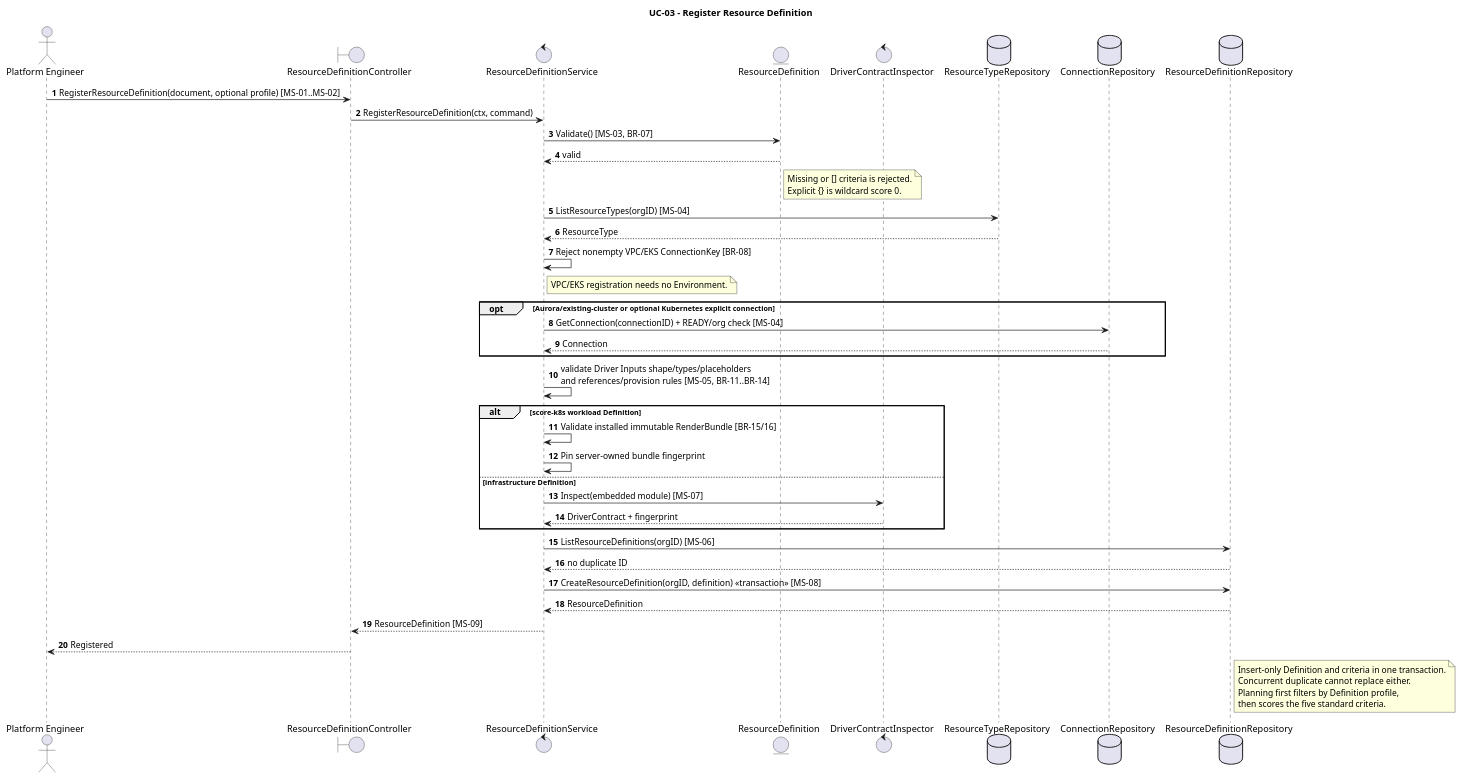
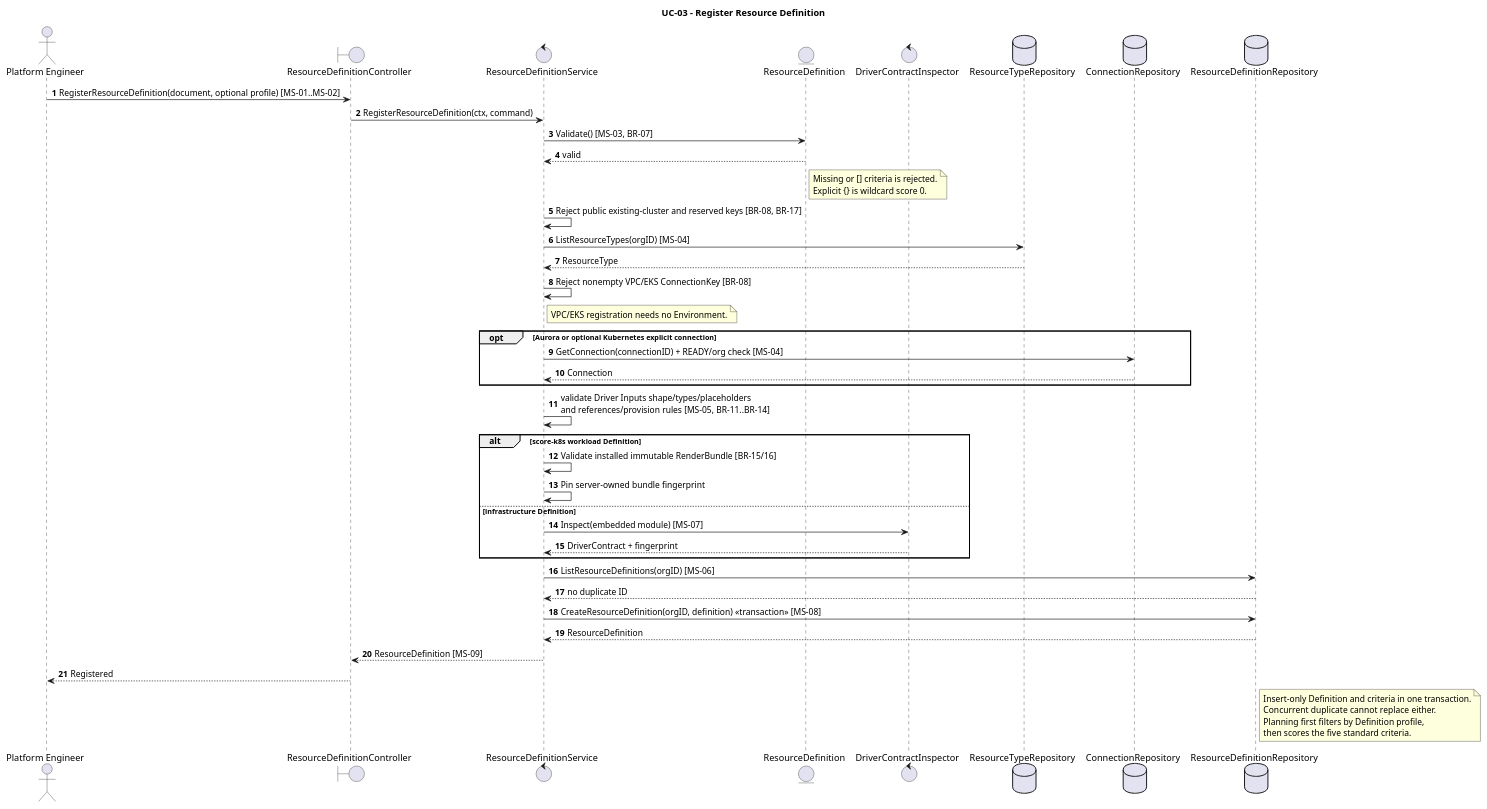
One commit to pr3s3nt/poc changed the diagram in orchestrator_docs/usecase/UC-03/sequence.puml. Above: the diagram before and after it, drawn with PlantUML. The commit also changed 18 other files, not shown here.

Commit message:
T17: reject public existing-cluster definition registration

```diff
--- a/orchestrator_docs/usecase/UC-03/sequence.puml
+++ b/orchestrator_docs/usecase/UC-03/sequence.puml
@@ -1,50 +1,51 @@
 @startuml
 title UC-03 - Register Resource Definition
 autonumber
 actor "Platform Engineer" as PE
 boundary ResourceDefinitionController as API
 control ResourceDefinitionService as Service
 entity ResourceDefinition as Validator
 control DriverContractInspector as Inspector
 database ResourceTypeRepository as TypeRepo
 database ConnectionRepository as ConnectionRepo
 database ResourceDefinitionRepository as DefinitionRepo
 
 PE -> API: RegisterResourceDefinition(document, optional profile) [MS-01..MS-02]
 API -> Service: RegisterResourceDefinition(ctx, command)
 Service -> Validator: Validate() [MS-03, BR-07]
 Validator --> Service: valid
 note right of Validator
 Missing or [] criteria is rejected.
 Explicit {} is wildcard score 0.
 end note
+Service -> Service: Reject public existing-cluster and reserved keys [BR-08, BR-17]
 Service -> TypeRepo: ListResourceTypes(orgID) [MS-04]
 TypeRepo --> Service: ResourceType
 Service -> Service: Reject nonempty VPC/EKS ConnectionKey [BR-08]
 note right of Service: VPC/EKS registration needs no Environment.
-opt Aurora/existing-cluster or optional Kubernetes explicit connection
+opt Aurora or optional Kubernetes explicit connection
 Service -> ConnectionRepo: GetConnection(connectionID) + READY/org check [MS-04]
 ConnectionRepo --> Service: Connection
 end
 Service -> Service: validate Driver Inputs shape/types/placeholders\nand references/provision rules [MS-05, BR-11..BR-14]
 alt score-k8s workload Definition
   Service -> Service: Validate installed immutable RenderBundle [BR-15/16]
   Service -> Service: Pin server-owned bundle fingerprint
 else infrastructure Definition
   Service -> Inspector: Inspect(embedded module) [MS-07]
   Inspector --> Service: DriverContract + fingerprint
 end
 Service -> DefinitionRepo: ListResourceDefinitions(orgID) [MS-06]
 DefinitionRepo --> Service: no duplicate ID
 Service -> DefinitionRepo: CreateResourceDefinition(orgID, definition) <<transaction>> [MS-08]
 DefinitionRepo --> Service: ResourceDefinition
 Service --> API: ResourceDefinition [MS-09]
 API --> PE: Registered
 note right of DefinitionRepo
 Insert-only Definition and criteria in one transaction.
 Concurrent duplicate cannot replace either.
 Planning first filters by Definition profile,
 then scores the five standard criteria.
 end note
 
 @enduml
```
